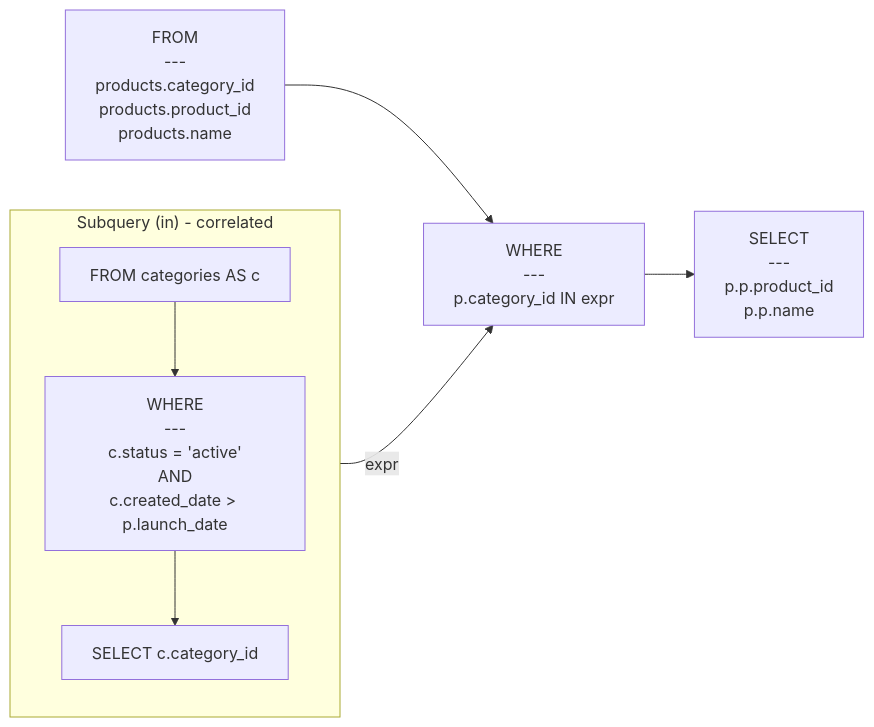
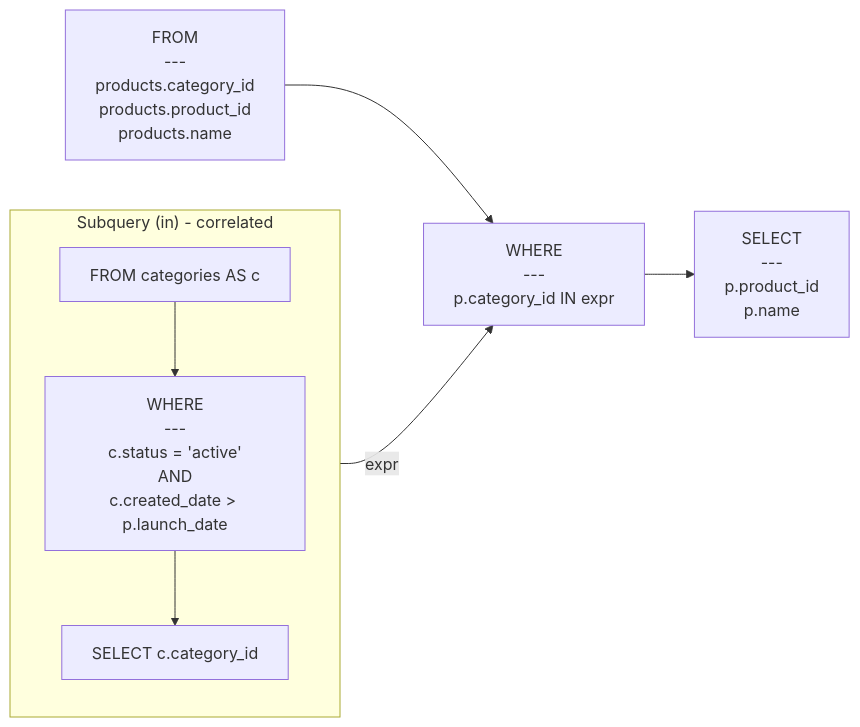
Before and after one commit to rot1024/sqloflow: the diagram in examples/subquery_in_correlated.mmd, drawn with Mermaid. The commit also changed 13 other files, not shown here.

```diff
--- a/examples/subquery_in_correlated.mmd
+++ b/examples/subquery_in_correlated.mmd
@@ -1,15 +1,15 @@
 flowchart LR
     node_0["FROM<br/>---<br/>products.category_id<br/>products.product_id<br/>products.name"]
     node_1["WHERE<br/>---<br/>p.category_id IN expr"]
     subgraph subquery_node_2 ["Subquery (in) - correlated"]
         direction TB
         subq_0_node_0[FROM categories AS c]
         subq_0_node_1["WHERE<br/>---<br/>c.status = 'active'<br/>AND<br/>c.created_date &gt; p.launch_date"]
         subq_0_node_2["SELECT c.category_id"]
         subq_0_node_0 --> subq_0_node_1
         subq_0_node_1 --> subq_0_node_2
     end
     subq_0_node_2 -->|expr| node_1
-    node_3["SELECT<br/>---<br/>p.p.product_id<br/>p.p.name"]
+    node_3["SELECT<br/>---<br/>p.product_id<br/>p.name"]
     node_0 --> node_1
     node_1 --> node_3
```
